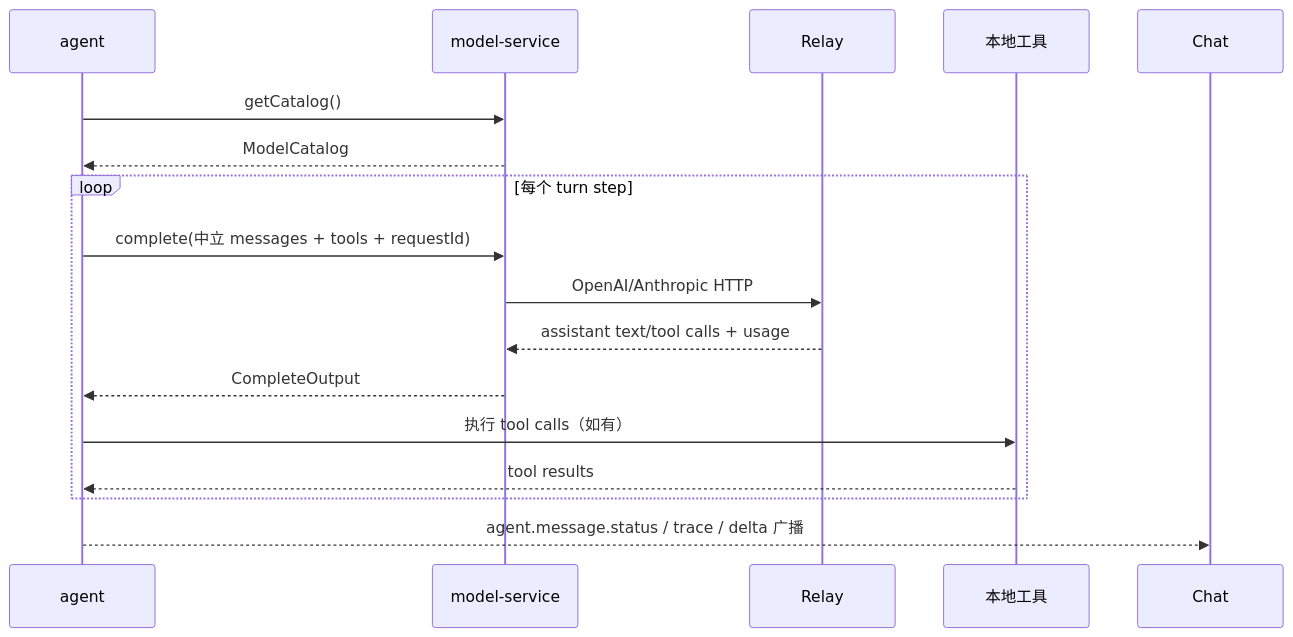
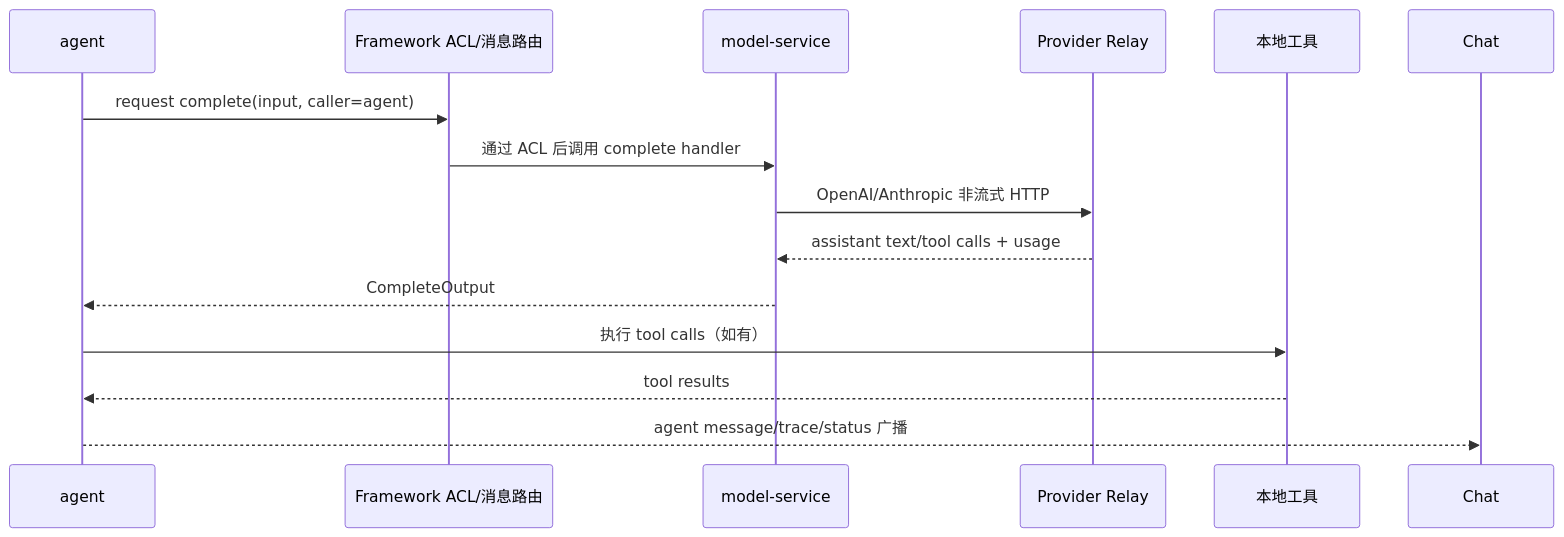
Before and after one commit to itharbors/harbors: the first of 4 diagrams in docs/architecture/model-service-plugin.md, drawn with Mermaid. The commit also changed other lines of this file and 14 other files, not shown here.

````diff
--- a/docs/architecture/model-service-plugin.md
+++ b/docs/architecture/model-service-plugin.md
@@ -153,18 +245,16 @@
 ```mermaid
 sequenceDiagram
     participant A as agent
+    participant F as Framework ACL/消息路由
     participant M as model-service
-    participant R as Relay
+    participant R as Provider Relay
     participant T as 本地工具
-    A->>M: getCatalog()
-    M-->>A: ModelCatalog
-    loop 每个 turn step
-        A->>M: complete(中立 messages + tools + requestId)
-        M->>R: OpenAI/Anthropic HTTP
-        R-->>M: assistant text/tool calls + usage
-        M-->>A: CompleteOutput
-        A->>T: 执行 tool calls（如有）
-        T-->>A: tool results
-    end
-    A-->>Chat: agent.message.status / trace / delta 广播
+    A->>F: request complete(input, caller=agent)
+    F->>M: 通过 ACL 后调用 complete handler
+    M->>R: OpenAI/Anthropic 非流式 HTTP
+    R-->>M: assistant text/tool calls + usage
+    M-->>A: CompleteOutput
+    A->>T: 执行 tool calls（如有）
+    T-->>A: tool results
+    A-->>Chat: agent message/trace/status 广播
 ```
````
